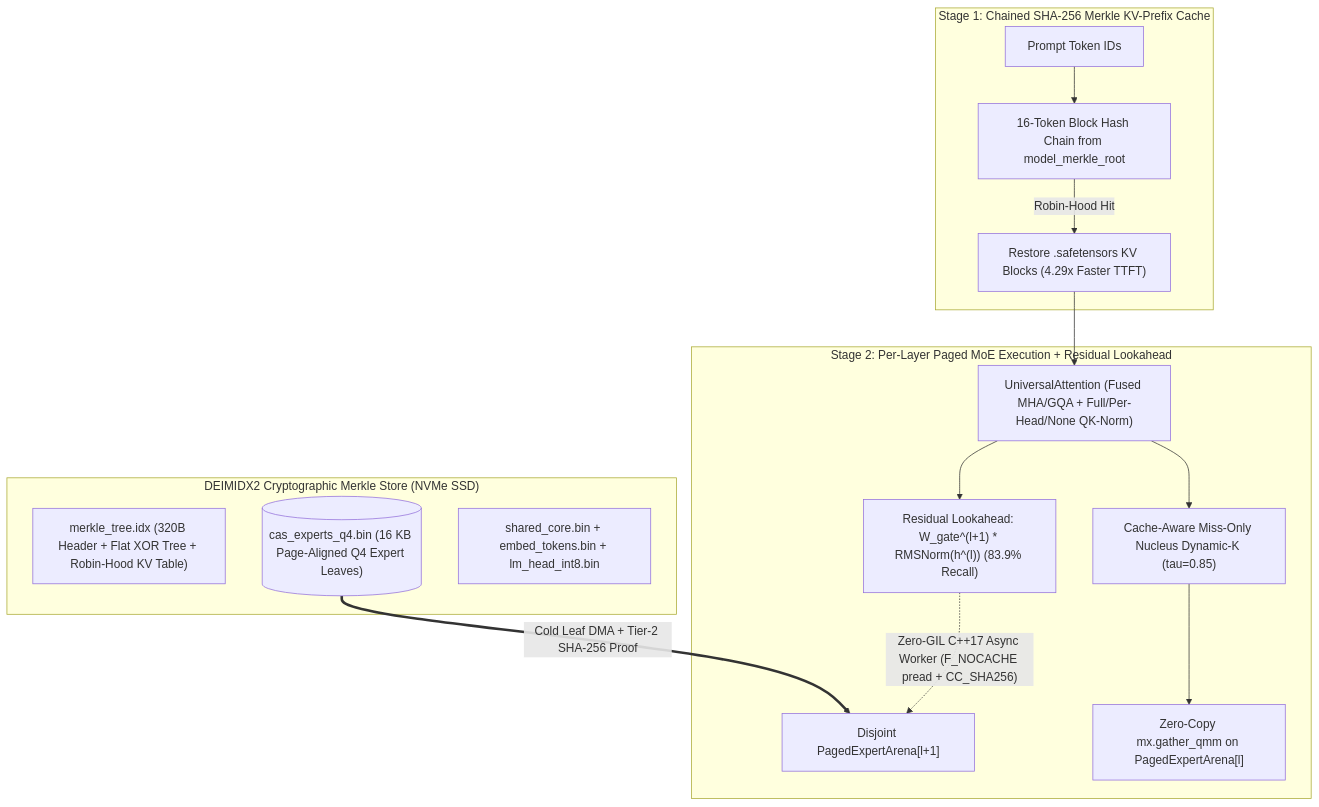
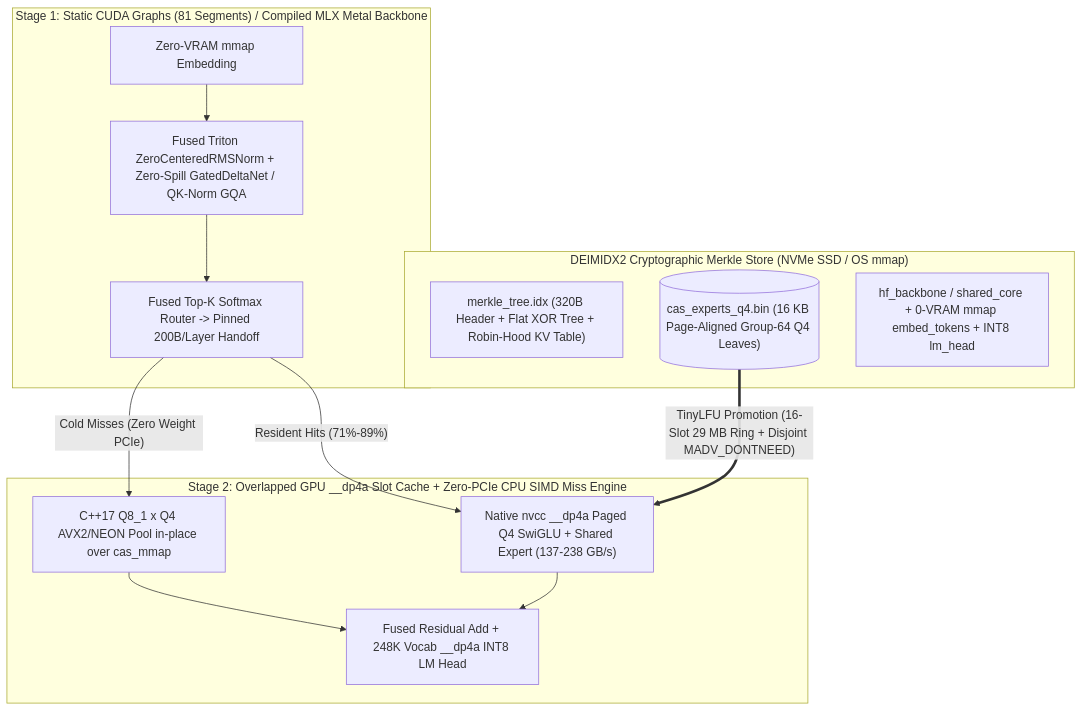
The diagram in README.md (martianacademy/deimos-stream), drawn with Mermaid before and after one commit. The commit also changed other lines of this file and 32 other files, not shown here.

Commit message:
feat(cuda,mlx): __dp4a CUDA Q4/INT8, 81-segment CUDA Graphs, AVX2/NEON hybrid MoE & disjoint paging (v0.6.0)

````diff
--- a/README.md
+++ b/README.md
@@ -62,22 +82,21 @@
 ```mermaid
 flowchart TD
-    subgraph STORE["DEIMIDX2 Cryptographic Merkle Store (NVMe SSD)"]
+    subgraph STORE["DEIMIDX2 Cryptographic Merkle Store (NVMe SSD / OS mmap)"]
         IDX["merkle_tree.idx (320B Header + Flat XOR Tree + Robin-Hood KV Table)"]
-        CAS[("cas_experts_q4.bin (16 KB Page-Aligned Q4 Expert Leaves)")]
-        CORE["shared_core.bin + embed_tokens.bin + lm_head_int8.bin"]
+        CAS[("cas_experts_q4.bin (16 KB Page-Aligned Group-64 Q4 Leaves)")]
+        CORE["hf_backbone / shared_core + 0-VRAM mmap embed_tokens + INT8 lm_head"]
     end
 
-    subgraph PREFILL["Stage 1: Chained SHA-256 Merkle KV-Prefix Cache"]
-        TOK["Prompt Token IDs"] --> KVH["16-Token Block Hash Chain from model_merkle_root"]
-        KVH -->|"Robin-Hood Hit"| KVR["Restore .safetensors KV Blocks (4.29x Faster TTFT)"]
+    subgraph GRAPH["Stage 1: Static CUDA Graphs (81 Segments) / Compiled MLX Metal Backbone"]
+        EMB["Zero-VRAM mmap Embedding"] --> PRE["Fused Triton ZeroCenteredRMSNorm + Zero-Spill GatedDeltaNet / QK-Norm GQA"]
+        PRE --> RTR["Fused Top-K Softmax Router -> Pinned 200B/Layer Handoff"]
     end
 
-    subgraph LAYER["Stage 2: Per-Layer Paged MoE Execution + Residual Lookahead"]
-        KVR --> ATTN["UniversalAttention (Fused MHA/GQA + Full/Per-Head/None QK-Norm)"]
-        ATTN --> LA["Residual Lookahead: W_gate^(l+1) * RMSNorm(h^(l)) (83.9% Recall)"]
-        LA -.->|"Zero-GIL C++17 Async Worker (F_NOCACHE pread + CC_SHA256)"| NEXT["Disjoint PagedExpertArena[l+1]"]
-        CAS ==>|"Cold Leaf DMA + Tier-2 SHA-256 Proof"| NEXT
-        ATTN --> DYNK["Cache-Aware Miss-Only Nucleus Dynamic-K (tau=0.85)"]
-        DYNK --> QMM["Zero-Copy mx.gather_qmm on PagedExpertArena[l]"]
+    subgraph HYBRID["Stage 2: Overlapped GPU __dp4a Slot Cache + Zero-PCIe CPU SIMD Miss Engine"]
+        RTR -->|"Resident Hits (71%-89%)"| GPU_MOE["Native nvcc __dp4a Paged Q4 SwiGLU + Shared Expert (137-238 GB/s)"]
+        RTR -->|"Cold Misses (Zero Weight PCIe)"| CPU_MOE["C++17 Q8_1 x Q4 AVX2/NEON Pool in-place over cas_mmap"]
+        CAS ==>|"TinyLFU Promotion (16-Slot 29 MB Ring + Disjoint MADV_DONTNEED)"| GPU_MOE
+        GPU_MOE --> SUM["Fused Residual Add + 248K Vocab __dp4a INT8 LM Head"]
+        CPU_MOE --> SUM
     end
 ```
````
